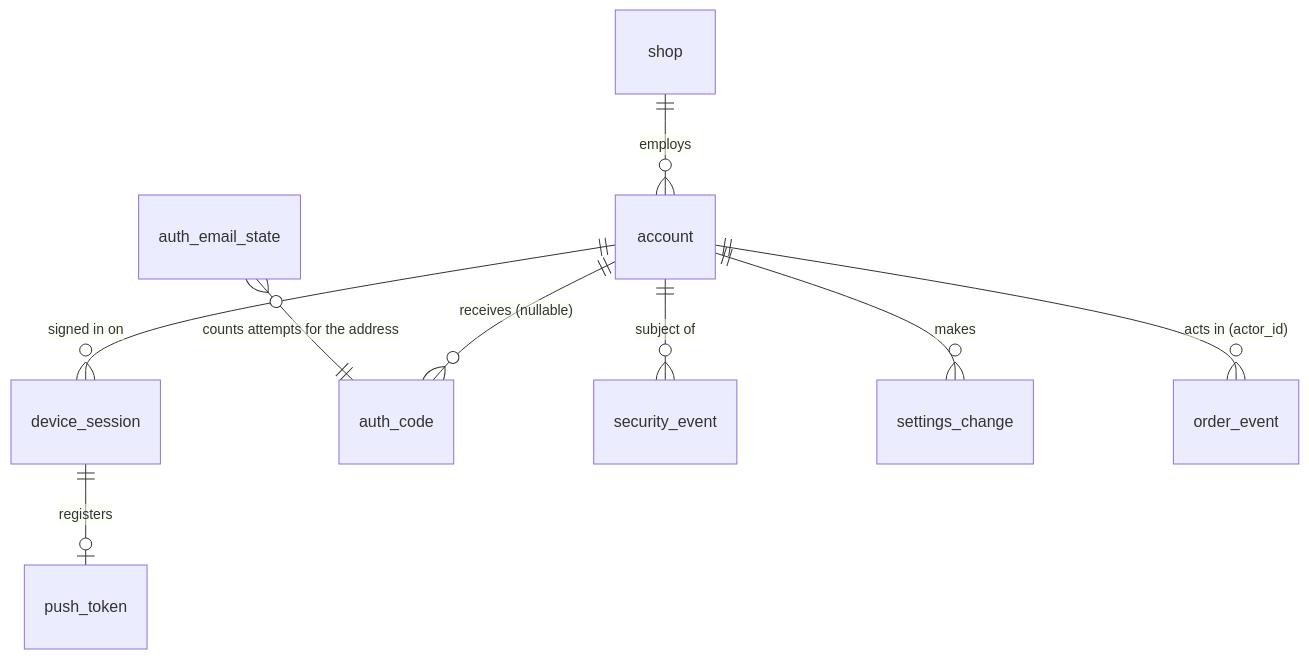
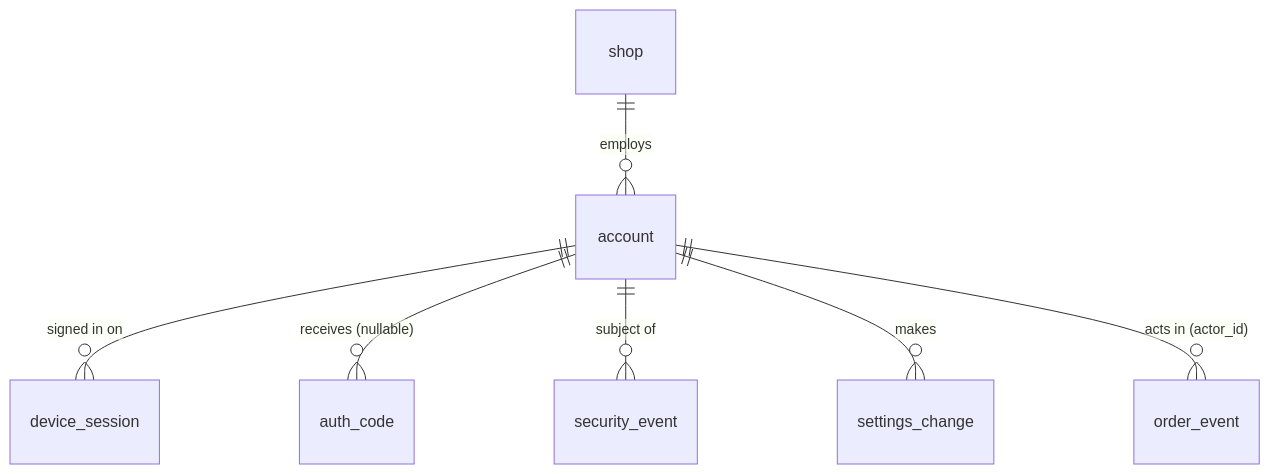
The diagram in docs/system/data-model/04-admin-accounts-sessions.md (cuongtq4998/banhapp), drawn with Mermaid before and after one commit. The commit also changed other lines of this file and 18 other files, not shown here.

Commit message:
atlas-architect: align ADR-0022 and auth with PRD v1.4, answer TQ-12/13, simplify admin data model

````diff
--- a/docs/system/data-model/04-admin-accounts-sessions.md
+++ b/docs/system/data-model/04-admin-accounts-sessions.md
@@ -7,11 +7,9 @@
 ```mermaid
 erDiagram
     shop ||--o{ account : employs
     account ||--o{ device_session : "signed in on"
-    device_session ||--o| push_token : registers
     account ||--o{ auth_code : "receives (nullable)"
     account ||--o{ security_event : "subject of"
     account ||--o{ settings_change : makes
     account ||--o{ order_event : "acts in (actor_id)"
-    auth_email_state }o--|| auth_code : "counts attempts for the address"
 ```
````
